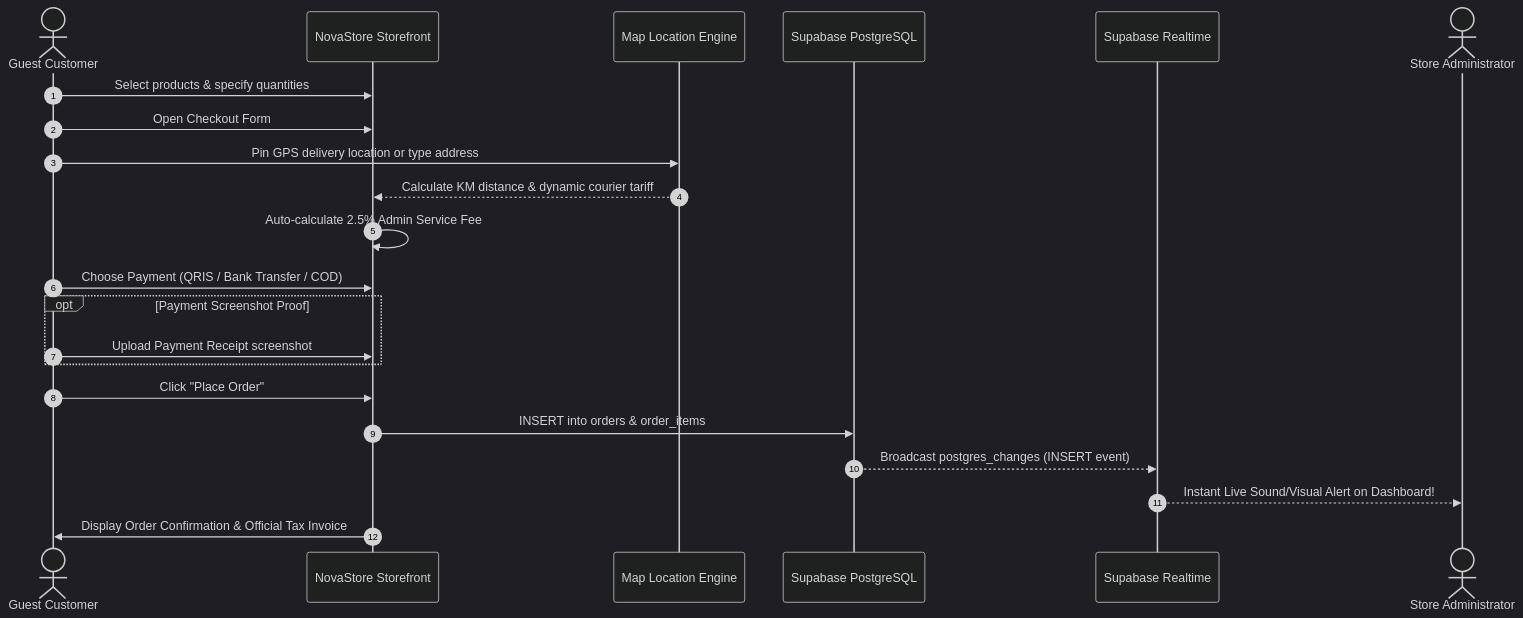
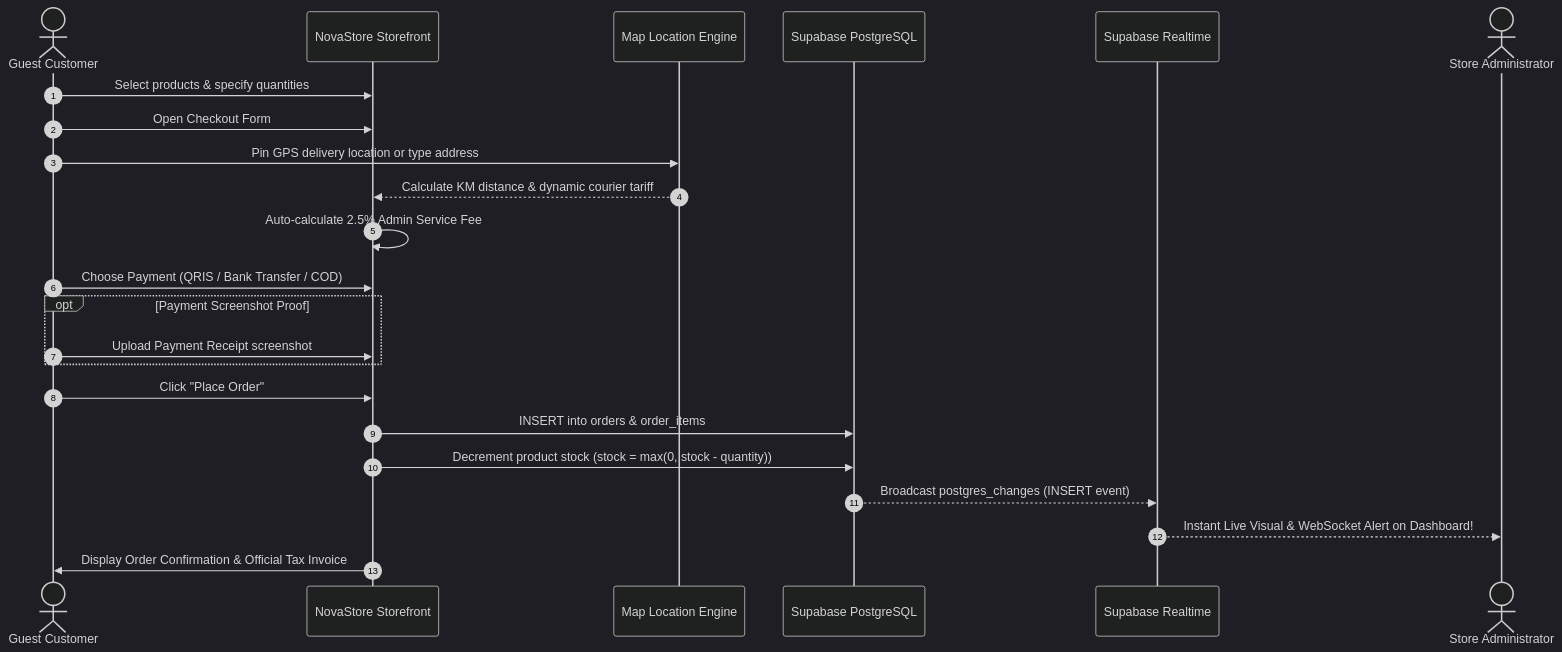
One commit to aam19azmi/Mini-E-Commerce-and-Realtime-Dashboard changed the second of 3 diagrams in docs/SYSTEM_FLOWCHART.md. Above: the diagram before and after it, drawn with Mermaid (dark theme). The commit also changed other lines of this file and 9 other files, not shown here.

Commit message:
feat: implement real-time admin dashboard, system architecture documentation, and mock data management utilities

````diff
--- a/docs/SYSTEM_FLOWCHART.md
+++ b/docs/SYSTEM_FLOWCHART.md
@@ -48,25 +48,26 @@
 ```mermaid
 sequenceDiagram
     autonumber
     actor Customer as Guest Customer
     participant UI as NovaStore Storefront
     participant Map as Map Location Engine
     participant DB as Supabase PostgreSQL
     participant RT as Supabase Realtime
     actor Admin as Store Administrator
 
     Customer->>UI: Select products & specify quantities
     Customer->>UI: Open Checkout Form
     Customer->>Map: Pin GPS delivery location or type address
     Map-->>UI: Calculate KM distance & dynamic courier tariff
     UI->>UI: Auto-calculate 2.5% Admin Service Fee
     Customer->>UI: Choose Payment (QRIS / Bank Transfer / COD)
     opt Payment Screenshot Proof
         Customer->>UI: Upload Payment Receipt screenshot
     end
     Customer->>UI: Click "Place Order"
     UI->>DB: INSERT into orders & order_items
+    UI->>DB: Decrement product stock (stock = max(0, stock - quantity))
     DB-->>RT: Broadcast postgres_changes (INSERT event)
-    RT-->>Admin: Instant Live Sound/Visual Alert on Dashboard!
+    RT-->>Admin: Instant Live Visual & WebSocket Alert on Dashboard!
     UI->>Customer: Display Order Confirmation & Official Tax Invoice
 ```
````
